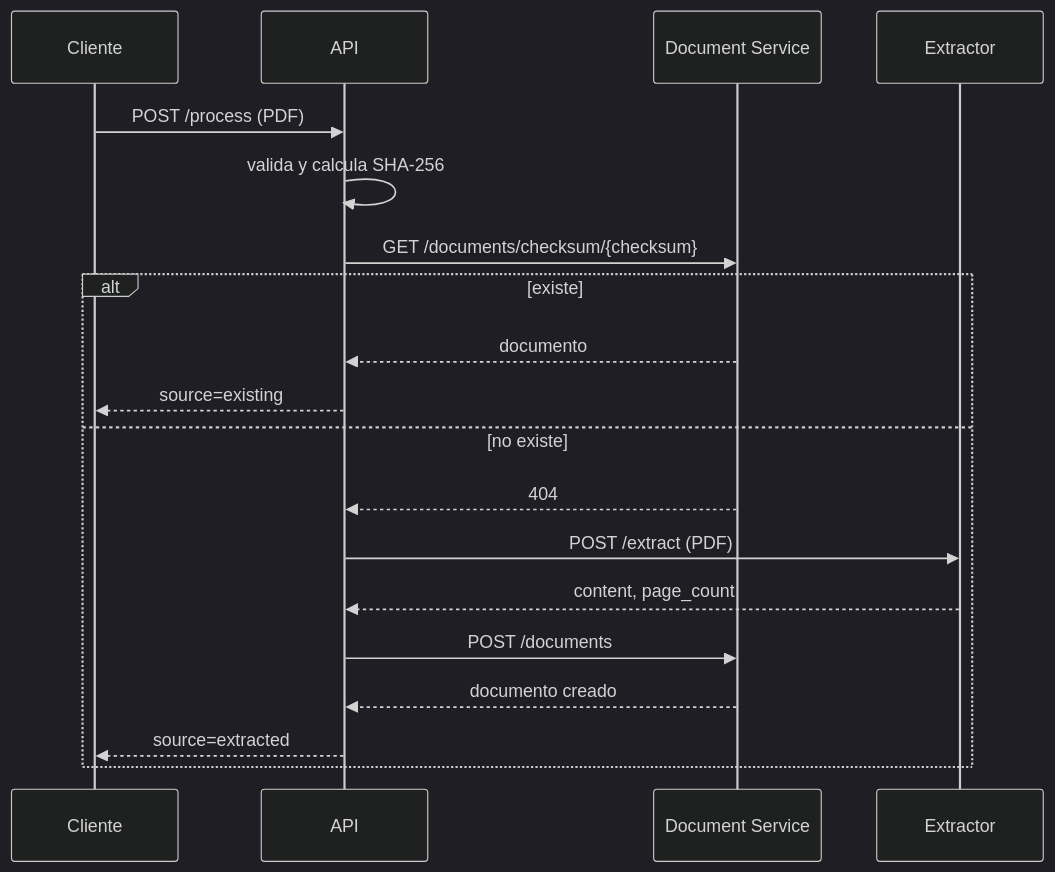
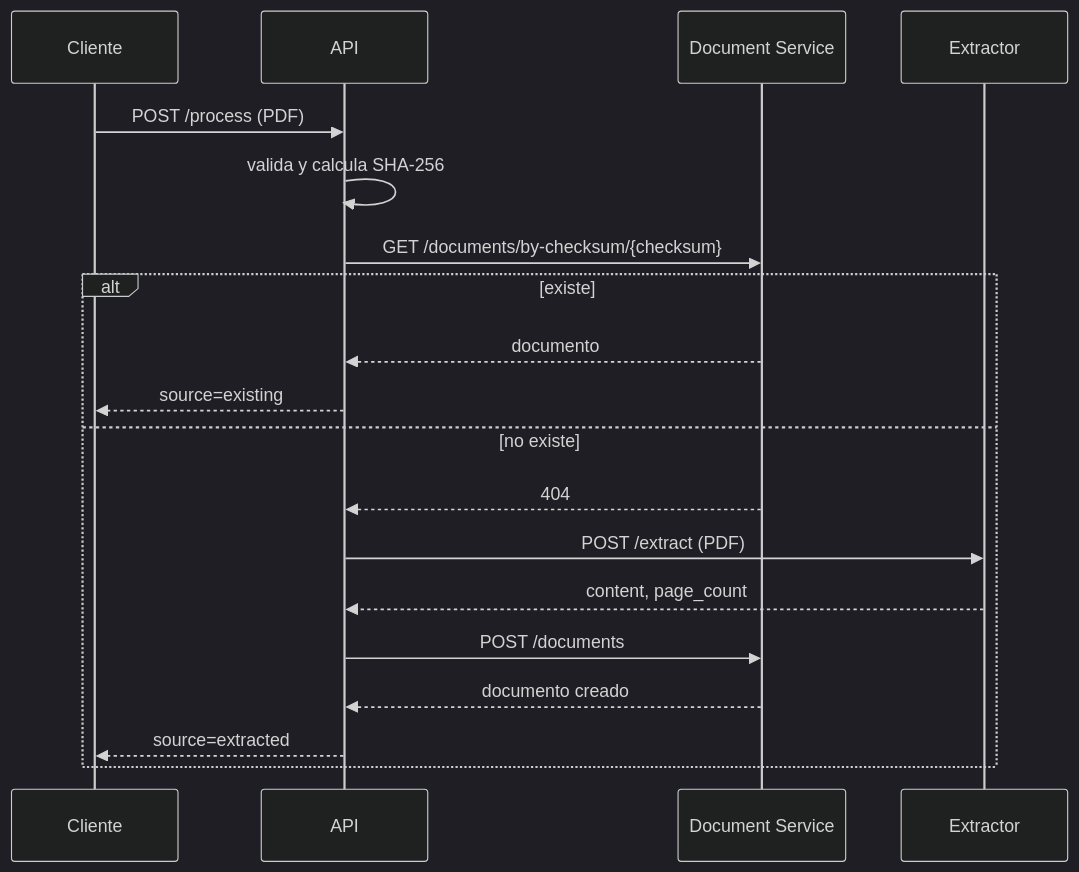
One commit to Lourdesrizza/pdf-api-service changed the diagram in README.md. Above: the diagram before and after it, drawn with Mermaid (dark theme). The commit also changed other lines of this file and 3 other files, not shown here.

````diff
--- a/README.md
+++ b/README.md
@@ -7,21 +7,21 @@
 ```mermaid
 sequenceDiagram
     participant U as Cliente
     participant A as API
     participant D as Document Service
     participant E as Extractor
     U->>A: POST /process (PDF)
     A->>A: valida y calcula SHA-256
-    A->>D: GET /documents/checksum/{checksum}
+    A->>D: GET /documents/by-checksum/{checksum}
     alt existe
         D-->>A: documento
         A-->>U: source=existing
     else no existe
         D-->>A: 404
         A->>E: POST /extract (PDF)
         E-->>A: content, page_count
         A->>D: POST /documents
         D-->>A: documento creado
         A-->>U: source=extracted
     end
 ```
````
